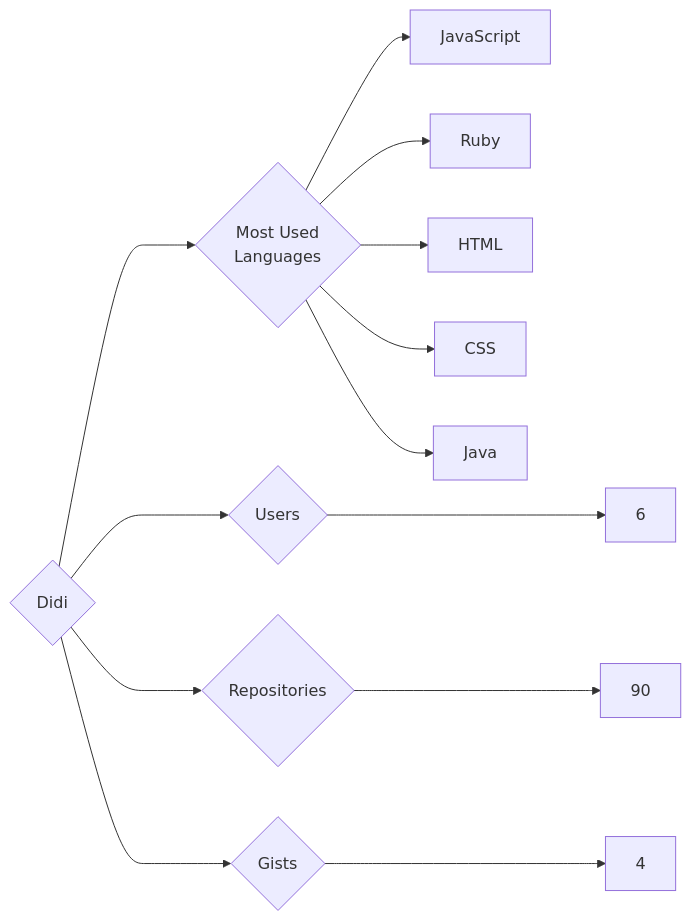
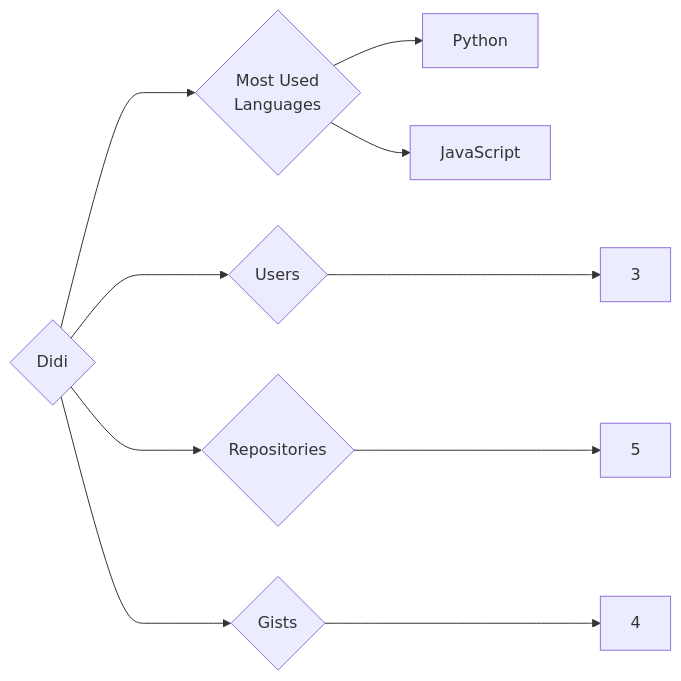
One commit to trickest/insiders changed the diagram in targets/Didi/README.md. Above: the diagram before and after it, drawn with Mermaid. The commit also changed 776 other files, not shown here.

````diff
--- a/targets/Didi/README.md
+++ b/targets/Didi/README.md
@@ -3,13 +3,10 @@
 ```mermaid
 graph LR
 COMPANY_NAME{Didi}
-COMPANY_NAME ---> U{Users} ---> UN[6]
-COMPANY_NAME ---> R{Repositories} ---> RN[90]
+COMPANY_NAME ---> U{Users} ---> UN[3]
+COMPANY_NAME ---> R{Repositories} ---> RN[5]
 COMPANY_NAME ---> G{Gists} ---> GN[4]
 COMPANY_NAME ---> ML{Most Used<br>Languages}
+ML --> Python[Python]
 ML --> JavaScript[JavaScript]
-ML --> Ruby[Ruby]
-ML --> HTML[HTML]
-ML --> CSS[CSS]
-ML --> Java[Java]
 ```
````
